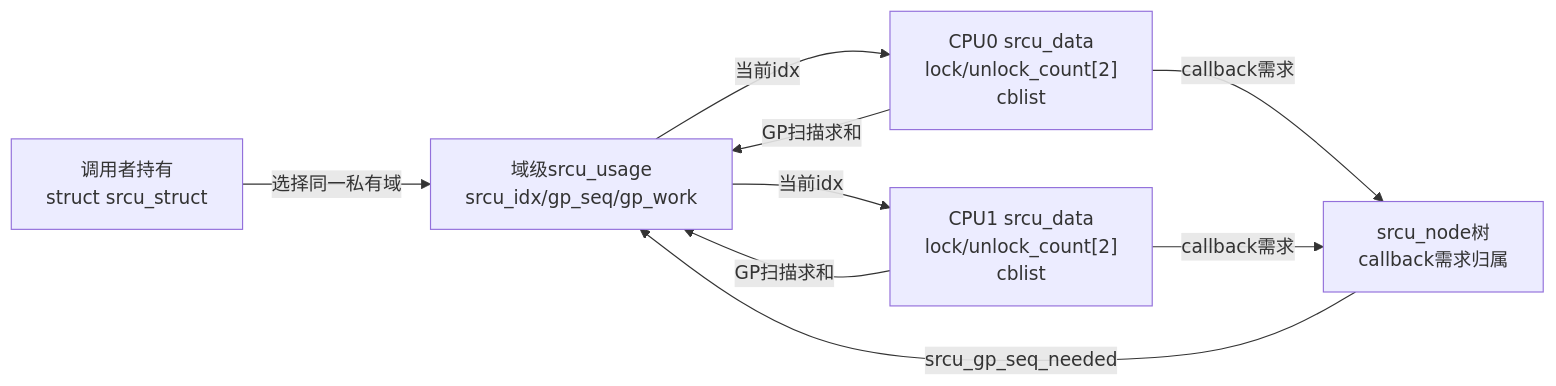
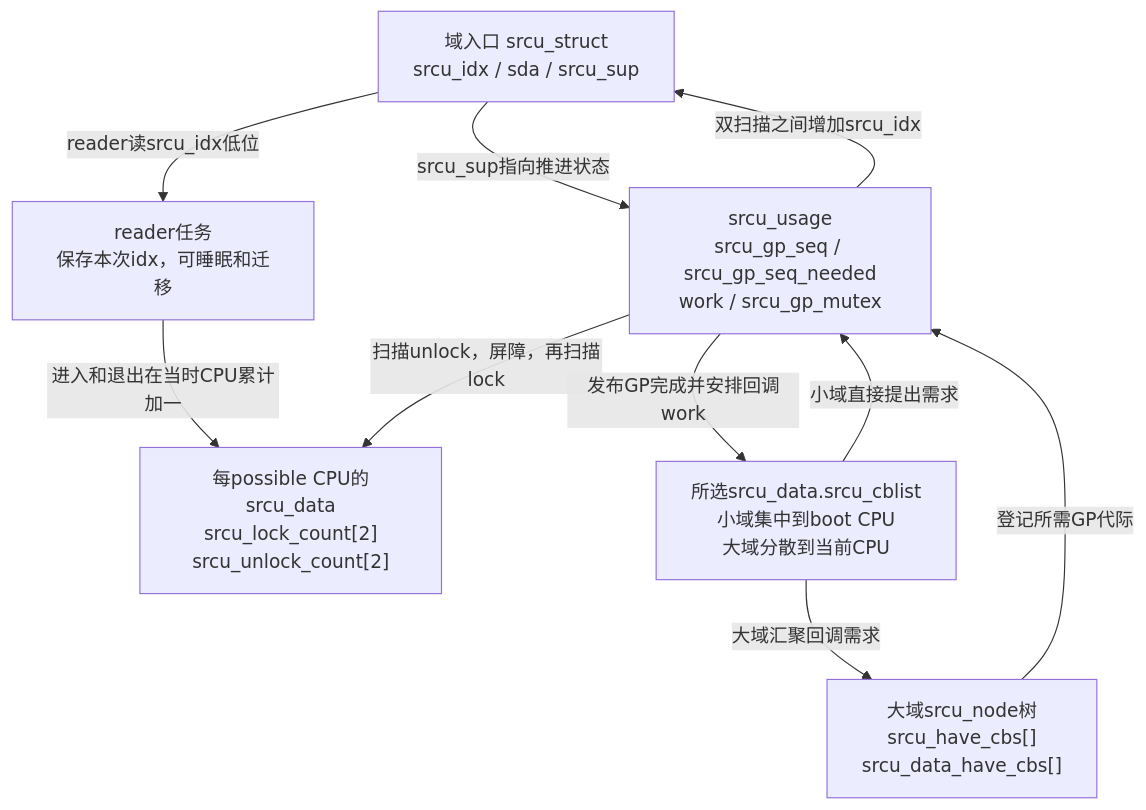
Before and after one commit to FormingSystem/linux_note: the first of 3 diagrams in research/source_reading/rcu/navigation/P09_Linux_6.12_Tree_SRCU模块源码概念导读.md, drawn with Mermaid. The commit also changed other lines of this file and 1 other file, not shown here.

````diff
--- a/research/source_reading/rcu/navigation/P09_Linux_6.12_Tree_SRCU模块源码概念导读.md
+++ b/research/source_reading/rcu/navigation/P09_Linux_6.12_Tree_SRCU模块源码概念导读.md
@@ -63,17 +68,18 @@
 ```mermaid
-flowchart LR
-    API["调用者持有<br/>struct srcu_struct"]
-    U["域级srcu_usage<br/>srcu_idx/gp_seq/gp_work"]
-    D0["CPU0 srcu_data<br/>lock/unlock_count[2]<br/>cblist"]
-    D1["CPU1 srcu_data<br/>lock/unlock_count[2]<br/>cblist"]
-    N["srcu_node树<br/>callback需求归属"]
-
-    API -->|"选择同一私有域"| U
-    U -->|"当前idx"| D0
-    U -->|"当前idx"| D1
-    D0 -->|"GP扫描求和"| U
-    D1 -->|"GP扫描求和"| U
-    D0 -->|"callback需求"| N
-    D1 -->|"callback需求"| N
-    N -->|"srcu_gp_seq_needed"| U
+flowchart TB
+    API["域入口 srcu_struct<br/>srcu_idx / sda / srcu_sup"]
+    R["reader任务<br/>保存本次idx，可睡眠和迁移"]
+    D["每possible CPU的srcu_data<br/>srcu_lock_count[2]<br/>srcu_unlock_count[2]"]
+    U["srcu_usage<br/>srcu_gp_seq / srcu_gp_seq_needed<br/>work / srcu_gp_mutex"]
+    Q["所选srcu_data.srcu_cblist<br/>小域集中到boot CPU<br/>大域分散到当前CPU"]
+    N["大域srcu_node树<br/>srcu_have_cbs[]<br/>srcu_data_have_cbs[]"]
+    API -->|"reader读srcu_idx低位"| R
+    R -->|"进入和退出在当时CPU累计加一"| D
+    API -->|"srcu_sup指向推进状态"| U
+    U -->|"扫描unlock，屏障，再扫描lock"| D
+    U -->|"双扫描之间增加srcu_idx"| API
+    Q -->|"大域汇聚回调需求"| N
+    N -->|"登记所需GP代际"| U
+    Q -->|"小域直接提出需求"| U
+    U -->|"发布GP完成并安排回调work"| Q
 ```
````
